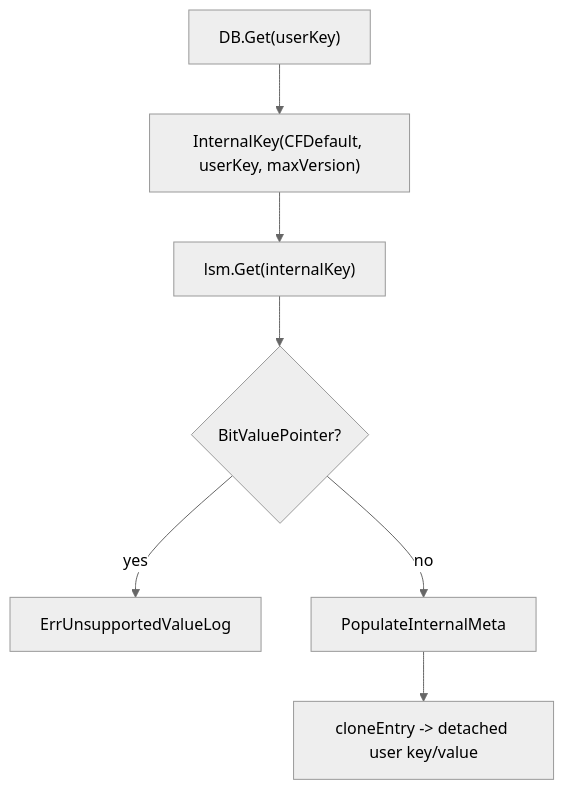
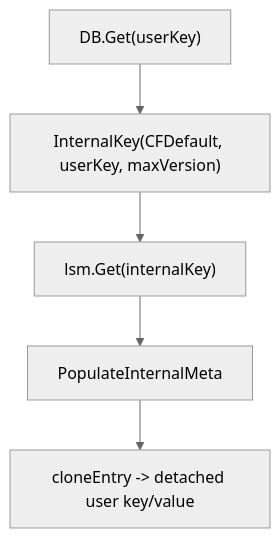
The second of 3 diagrams in docs/runtime.md (feichai0017/NoKV), drawn with Mermaid (neutral theme) before and after one commit. The commit also changed other lines of this file and 300 other files, not shown here.

First line of the commit message:
Refactor architecture boundaries and error taxonomy (#210)

````diff
--- a/docs/runtime.md
+++ b/docs/runtime.md
@@ -59,9 +56,7 @@
 ```mermaid
 flowchart TD
   A["DB.Get(userKey)"] --> B["InternalKey(CFDefault, userKey, maxVersion)"]
   B --> C["lsm.Get(internalKey)"]
-  C --> D{"BitValuePointer?"}
-  D -- yes --> E["ErrUnsupportedValueLog"]
-  D -- no --> F["PopulateInternalMeta"]
-  F --> G["cloneEntry -> detached user key/value"]
+  C --> D["PopulateInternalMeta"]
+  D --> E["cloneEntry -> detached user key/value"]
 ```
````
